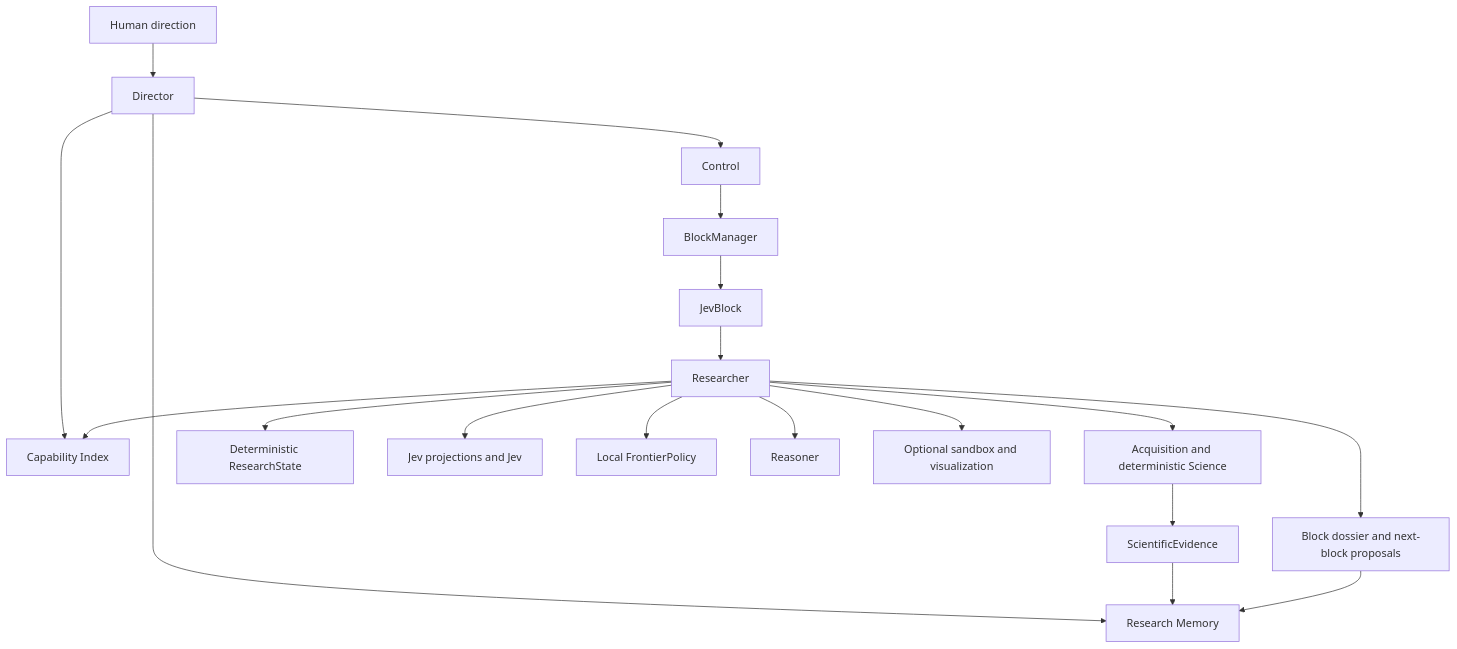
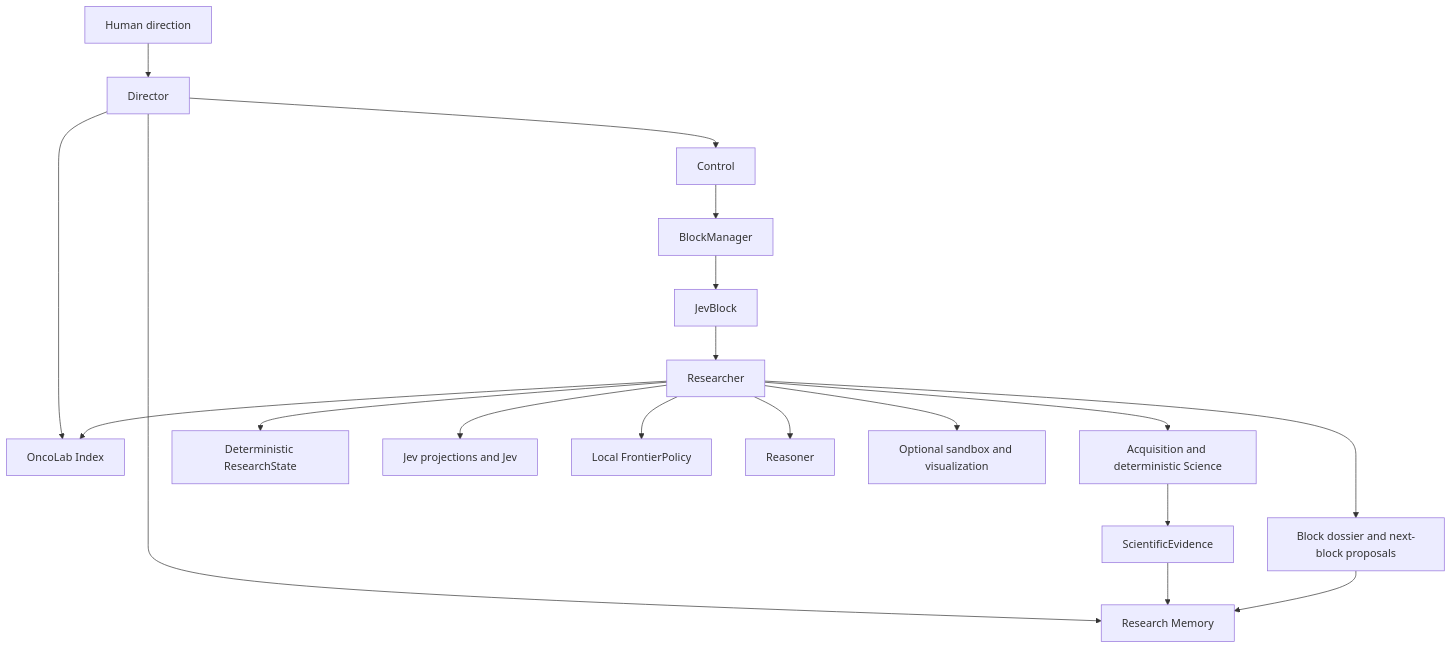
Before and after one commit to asimog/oncojev: the diagram in docs/ARCHITECTURE.md, drawn with Mermaid. The commit also changed other lines of this file and 32 other files, not shown here.

````diff
--- a/docs/ARCHITECTURE.md
+++ b/docs/ARCHITECTURE.md
@@ -9,21 +9,21 @@
 ```mermaid
 flowchart TD
   H[Human direction] --> D[Director]
   D --> C[Control]
-  D --> CI[Capability Index]
+  D --> CI[OncoLab Index]
   D --> RM[Research Memory]
   C --> B[BlockManager]
   B --> JB[JevBlock]
   JB --> R[Researcher]
   R --> CI
   R --> A[Acquisition and deterministic Science]
   R --> RS[Deterministic ResearchState]
   R --> J[Jev projections and Jev]
   R --> F[Local FrontierPolicy]
   R --> X[Reasoner]
   R --> SS[Optional sandbox and visualization]
   R --> DOS[Block dossier and next-block proposals]
   A --> E[ScientificEvidence]
   E --> RM
   DOS --> RM
 ```
````
